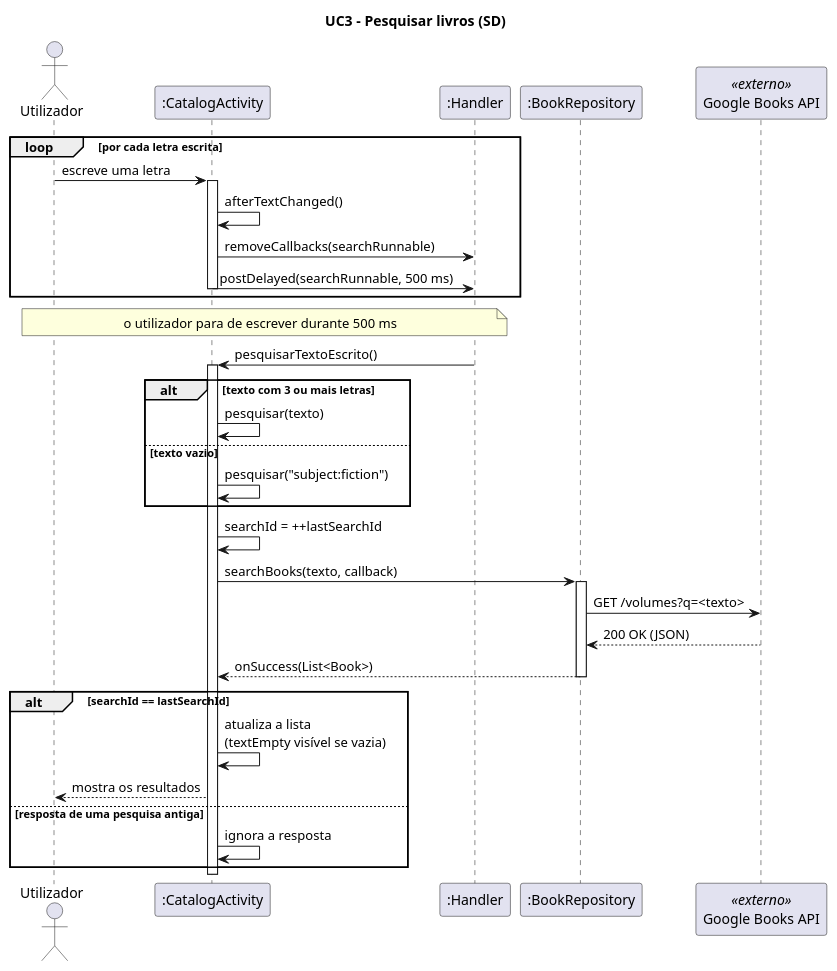
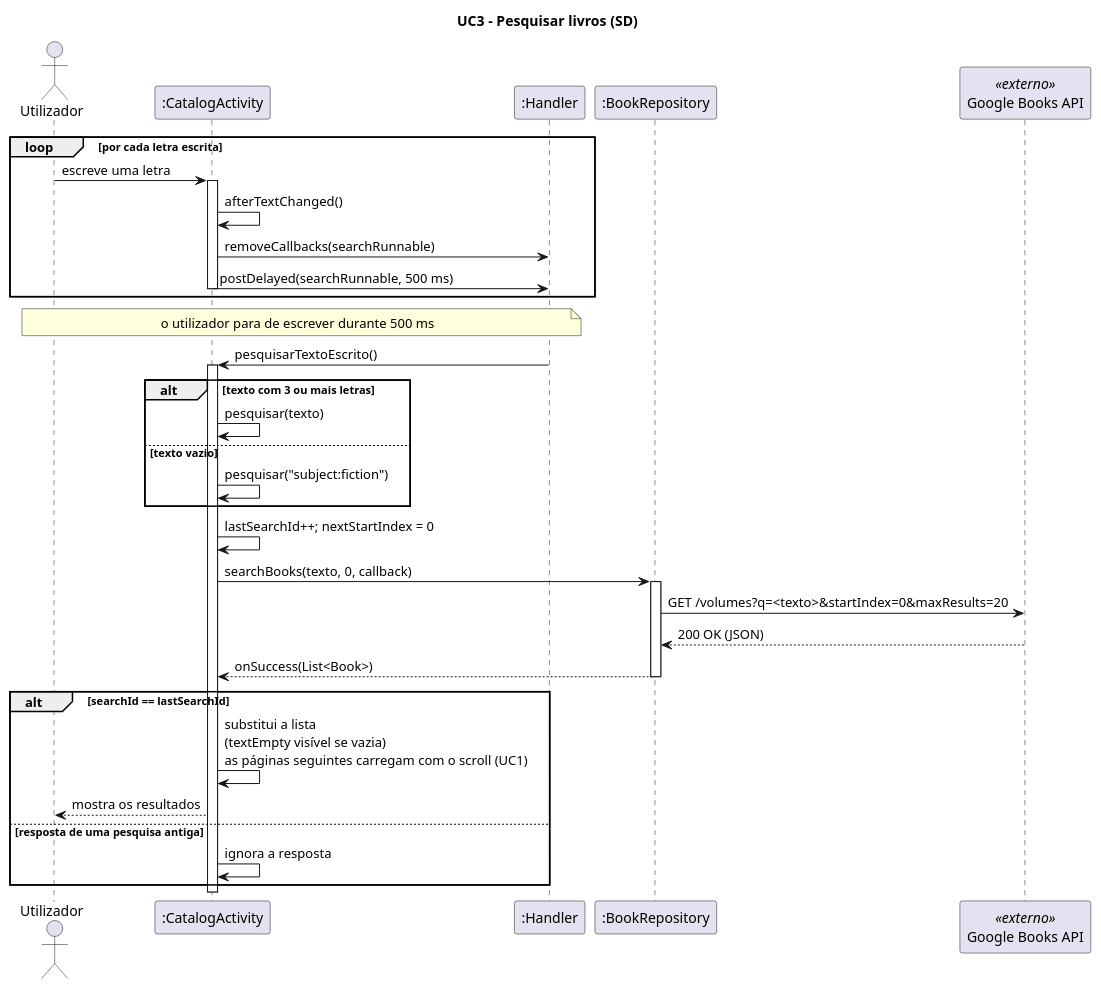
One commit to Diogo-29/DSSMV_ProjectDroid_1240632_1240857 changed the diagram in app/docs/UCs/UC3-SD.puml. Above: the diagram before and after it, drawn with PlantUML. The commit also changed 10 other files, not shown here.

```diff
--- a/app/docs/UCs/UC3-SD.puml
+++ b/app/docs/UCs/UC3-SD.puml
@@ -1,41 +1,41 @@
 @startuml
 title UC3 - Pesquisar livros (SD)
 skinparam sequenceMessageAlign left
 
 actor "Utilizador" as U
 participant ":CatalogActivity" as A
 participant ":Handler" as H
 participant ":BookRepository" as R
 participant "Google Books API" as GB <<externo>>
 
 loop por cada letra escrita
   U -> A: escreve uma letra
   activate A
   A -> A: afterTextChanged()
   A -> H: removeCallbacks(searchRunnable)
   A -> H: postDelayed(searchRunnable, 500 ms)
   deactivate A
 end
 note over U, H: o utilizador para de escrever durante 500 ms
 H -> A: pesquisarTextoEscrito()
 activate A
 alt texto com 3 ou mais letras
   A -> A: pesquisar(texto)
 else texto vazio
   A -> A: pesquisar("subject:fiction")
 end
-A -> A: searchId = ++lastSearchId
-A -> R: searchBooks(texto, callback)
+A -> A: lastSearchId++; nextStartIndex = 0
+A -> R: searchBooks(texto, 0, callback)
 activate R
-R -> GB: GET /volumes?q=<texto>
+R -> GB: GET /volumes?q=<texto>&startIndex=0&maxResults=20
 GB --> R: 200 OK (JSON)
 R --> A: onSuccess(List<Book>)
 deactivate R
 alt searchId == lastSearchId
-  A -> A: atualiza a lista\n(textEmpty visível se vazia)
+  A -> A: substitui a lista\n(textEmpty visível se vazia)\nas páginas seguintes carregam com o scroll (UC1)
   A --> U: mostra os resultados
 else resposta de uma pesquisa antiga
   A -> A: ignora a resposta
 end
 deactivate A
 @enduml
```
